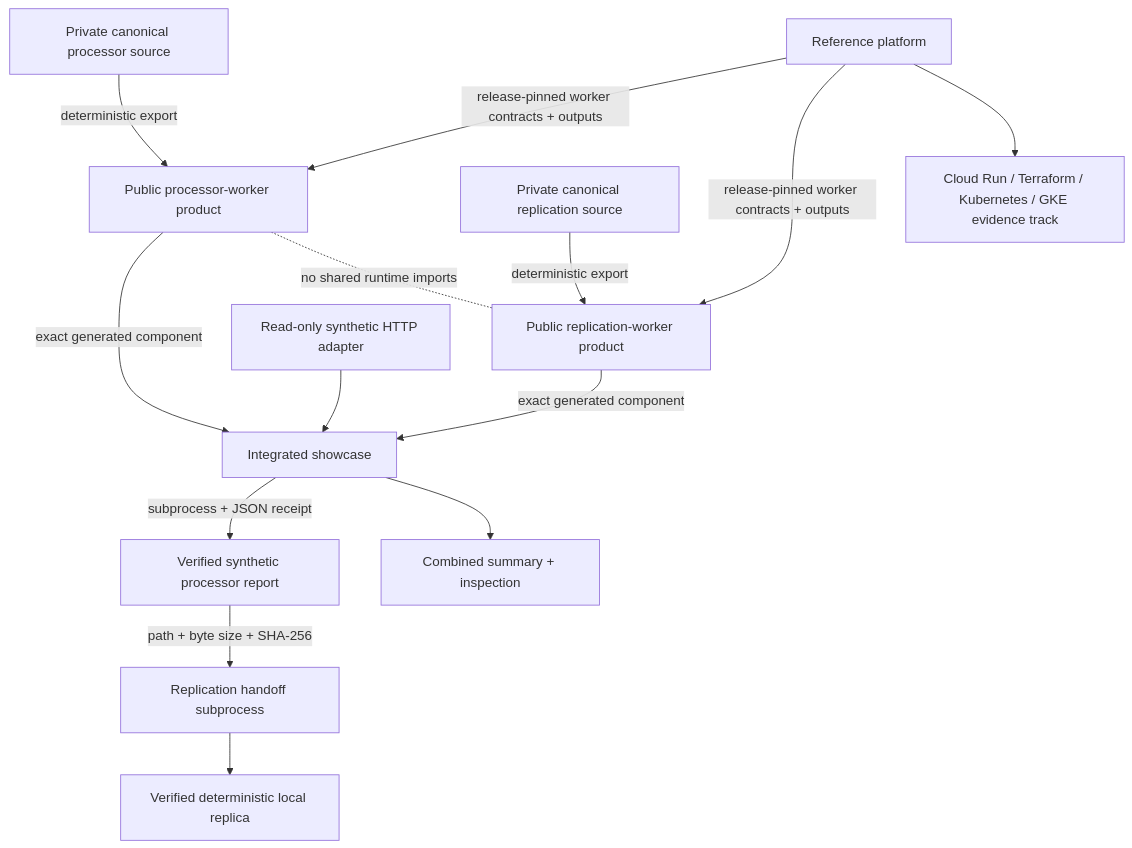
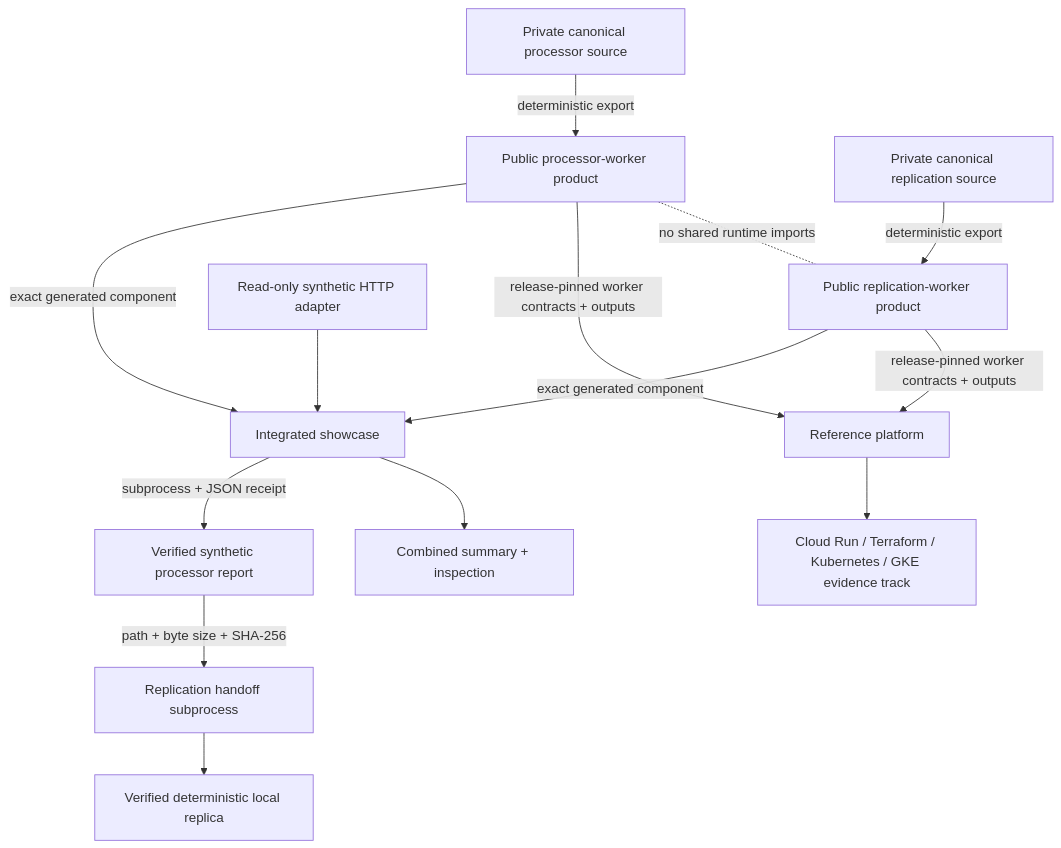
The diagram in docs/ARCHITECTURE.md (Seemorghdev/edge-evidence-showcase), drawn with Mermaid before and after one commit.

Commit message:
docs: regenerate corrected authority flow diagram

````diff
--- a/docs/ARCHITECTURE.md
+++ b/docs/ARCHITECTURE.md
@@ -7,20 +7,20 @@
 ```mermaid
 flowchart TB
     PS[Private canonical processor source] -->|deterministic export| PP[Public processor-worker product]
     RS[Private canonical replication source] -->|deterministic export| RP[Public replication-worker product]
 
     PP -->|exact generated component| S[Integrated showcase]
     RP -->|exact generated component| S
 
     S -->|subprocess + JSON receipt| PO[Verified synthetic processor report]
     PO -->|path + byte size + SHA-256| RH[Replication handoff subprocess]
     RH --> RT[Verified deterministic local replica]
     S --> CS[Combined summary + inspection]
 
-    REF[Reference platform] -->|release-pinned worker contracts + outputs| PP
-    REF -->|release-pinned worker contracts + outputs| RP
+    PP -->|release-pinned worker contracts + outputs| REF[Reference platform]
+    RP -->|release-pinned worker contracts + outputs| REF
     REF --> CLOUD[Cloud Run / Terraform / Kubernetes / GKE evidence track]
 
     HTTP[Read-only synthetic HTTP adapter] --> S
     PP -. no shared runtime imports .- RP
 ```
````
